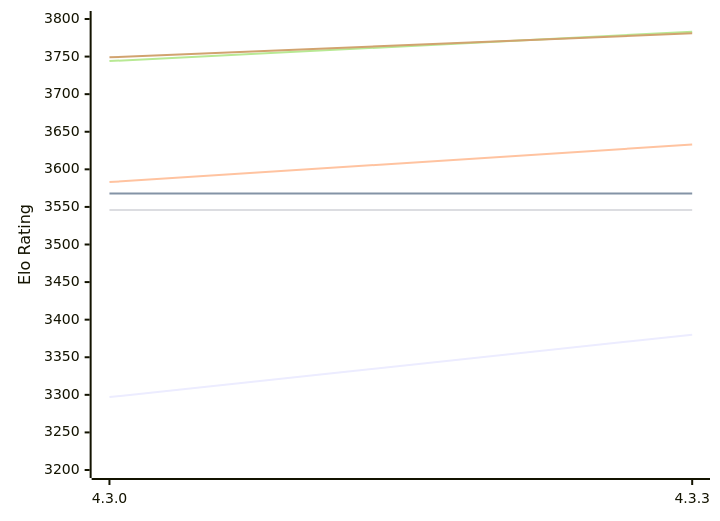
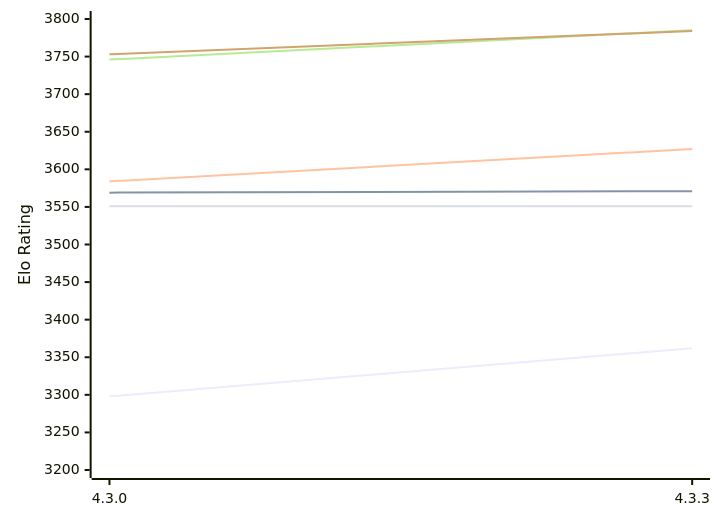
The first of 2 diagrams in engines/Gaia.md (computer-chess-index/cci), drawn with Mermaid before and after one commit. The commit also changed other lines of this file, not shown here.

Commit message:
Update CCI Ratings (ELO VLTC) - 2026-10-11

````diff
--- a/engines/Gaia.md
+++ b/engines/Gaia.md
@@ -55,12 +55,12 @@
 ```mermaid
 %%{init: {"theme":"base","themeVariables":{"seriesColors:['#a3a3a3','#222221','#faa371']}}}%%
 xychart-beta
   x-axis ["4.3.0", "4.3.3"]
   y-axis "Elo Rating" 3200 --> 3800
-  line "E1: STC (8.0+0.08s)" [3297, 3380]
-  line "E1: LTC (60.0+0.60s)" [3568, 3568]
-  line "E1: VLTC (2m24s+1.12s)" [3583, 3633]
-  line "P1: STC (8.0+0.08s)" [3546, 3546]
-  line "P1: LTC (60.0+0.60s)" [3744, 3783]
-  line "P1: VLTC (2m24s+1.12s)" [3749, 3781]
+  line "E1: STC (8.0+0.08s)" [3298, 3362]
+  line "E1: LTC (60.0+0.60s)" [3569, 3571]
+  line "E1: VLTC (2m24s+1.12s)" [3584, 3627]
+  line "P1: STC (8.0+0.08s)" [3551, 3551]
+  line "P1: LTC (60.0+0.60s)" [3746, 3785]
+  line "P1: VLTC (2m24s+1.12s)" [3753, 3784]
 ```
````
